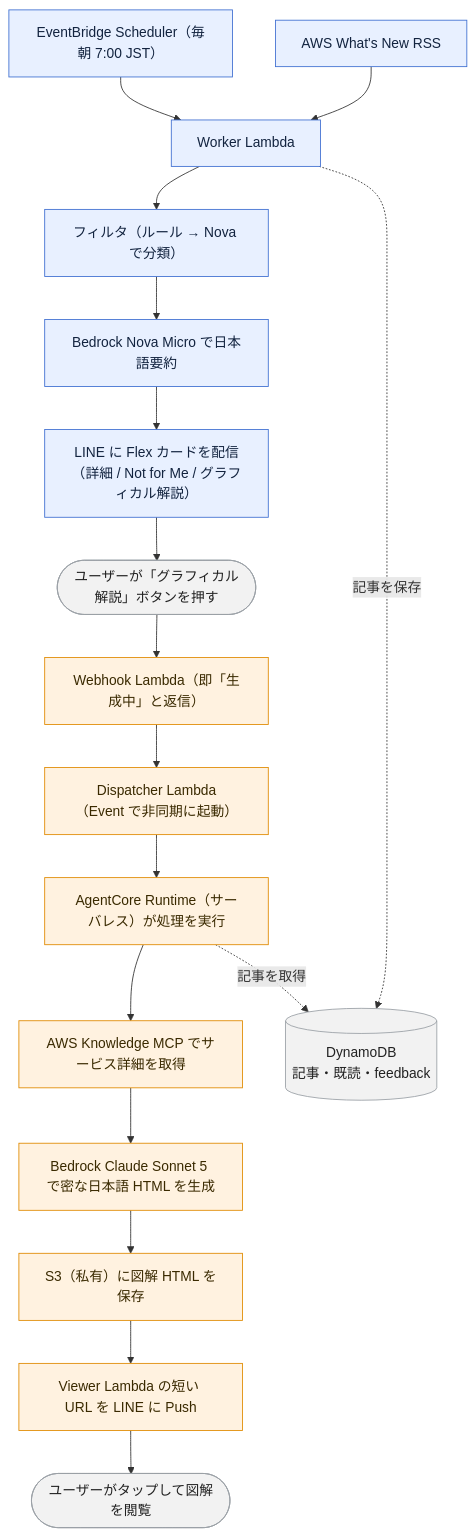
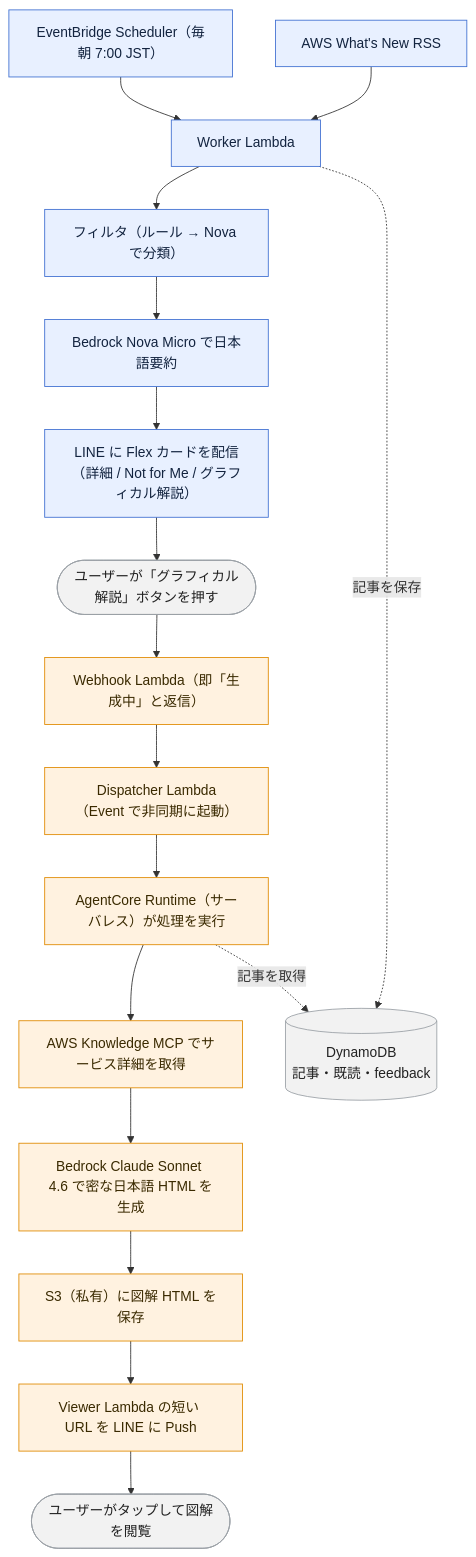
One commit to tetutetu214/aws-whatsnew-agent changed the diagram in README.md. Above: the diagram before and after it, drawn with Mermaid. The commit also changed other lines of this file, not shown here.

Commit message:
docs(readme): 図解モデルを Sonnet 4.6 に戻す（Sonnet 5 はプライベートプレビューで有効化不可と判断）

````diff
--- a/README.md
+++ b/README.md
@@ -14,28 +14,28 @@
 ```mermaid
 flowchart TD
   SCH["EventBridge Scheduler（毎朝 7:00 JST）"] --> W["Worker Lambda"]
   RSS["AWS What's New RSS"] --> W
   W --> FIL["フィルタ（ルール → Nova で分類）"]
   FIL --> SUM["Bedrock Nova Micro で日本語要約"]
   SUM --> CARD["LINE に Flex カードを配信<br/>（詳細 / Not for Me / グラフィカル解説）"]
   CARD --> TAP(["ユーザーが「グラフィカル解説」ボタンを押す"])
   TAP --> WH["Webhook Lambda（即「生成中」と返信）"]
   WH --> DIS["Dispatcher Lambda（Event で非同期に起動）"]
   DIS --> AC["AgentCore Runtime（サーバレス）が処理を実行"]
   AC --> MCP["AWS Knowledge MCP でサービス詳細を取得"]
-  MCP --> GEN["Bedrock Claude Sonnet 5 で密な日本語 HTML を生成"]
+  MCP --> GEN["Bedrock Claude Sonnet 4.6 で密な日本語 HTML を生成"]
   GEN --> S3["S3（私有）に図解 HTML を保存"]
   S3 --> PUSH["Viewer Lambda の短い URL を LINE に Push"]
   PUSH --> DONE(["ユーザーがタップして図解を閲覧"])
 
   DB[("DynamoDB<br/>記事・既読・feedback")]
   W -. 記事を保存 .-> DB
   AC -. 記事を取得 .-> DB
 
   classDef p1 fill:#e8f0ff,stroke:#3f6fd1,color:#12233f;
   classDef p2 fill:#fff2e0,stroke:#e08a00,color:#3a2a00;
   classDef ext fill:#f2f2f2,stroke:#9aa0a6,color:#222;
   class SCH,RSS,W,FIL,SUM,CARD p1;
   class WH,DIS,AC,MCP,GEN,S3,PUSH p2;
   class TAP,DONE,DB ext;
 ```
````
